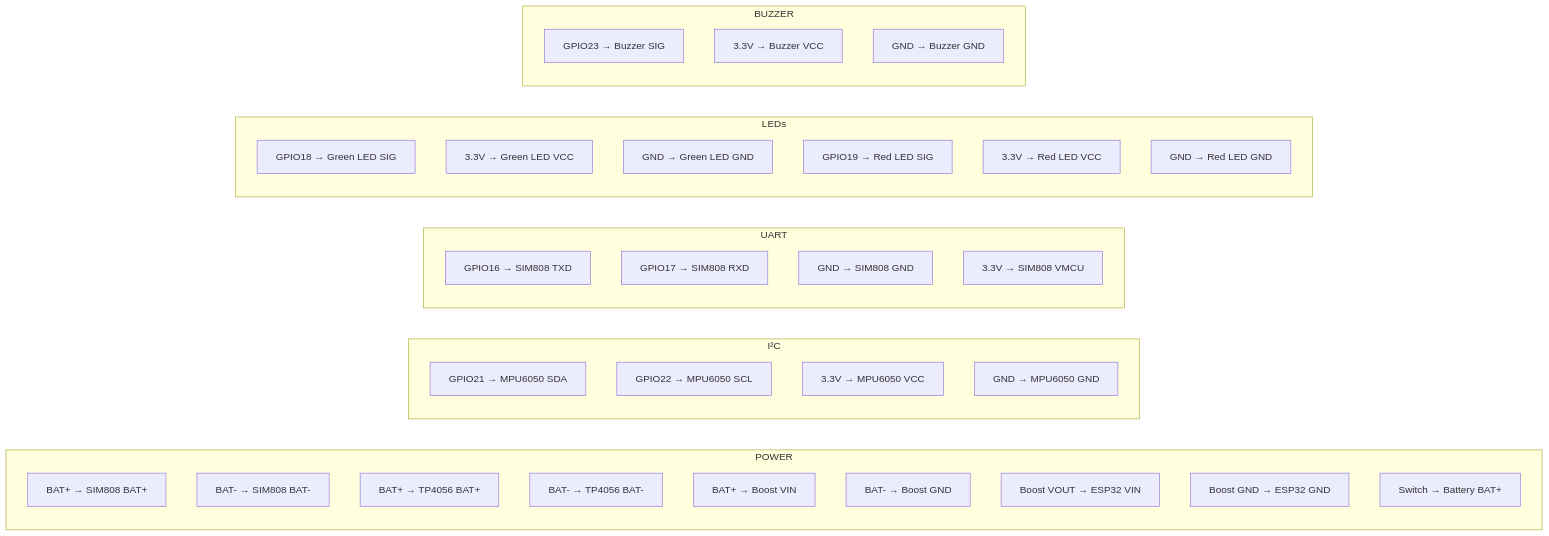
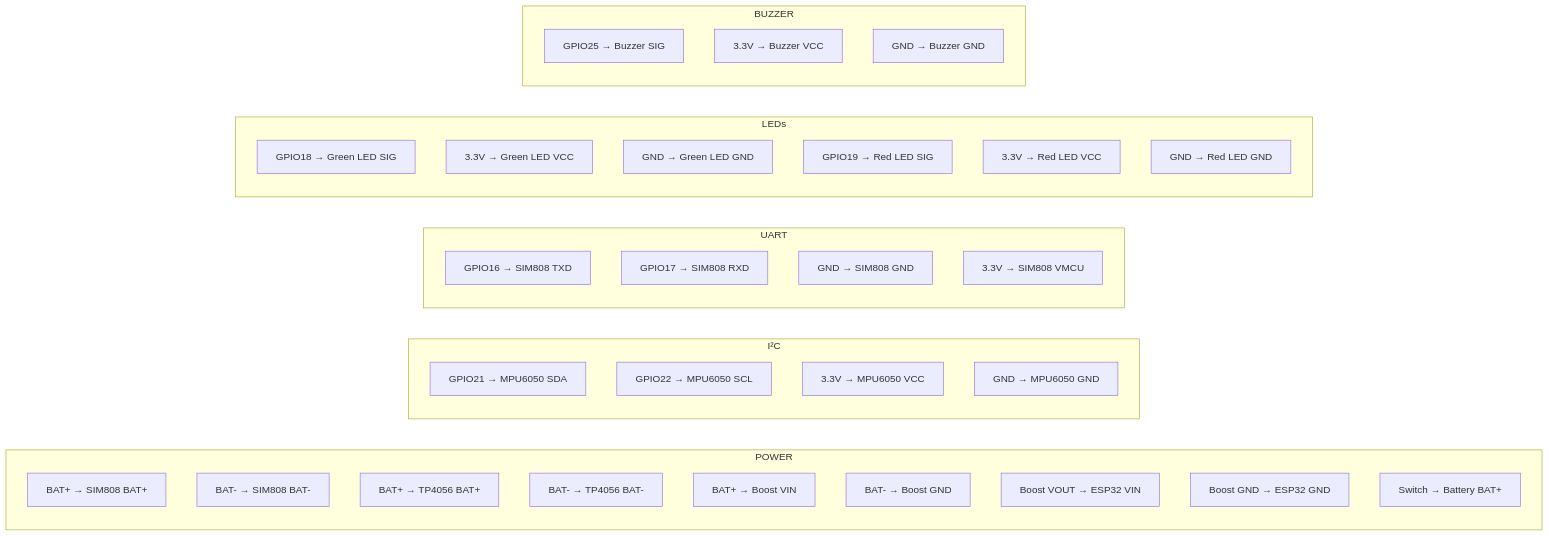
One commit to qppd/smart-vehicle-impact-detection-device changed the fourth of 7 diagrams in docs/WIRING.md. Above: the diagram before and after it, drawn with Mermaid. The commit also changed other lines of this file and 10 other files, not shown here.

````diff
--- a/docs/WIRING.md
+++ b/docs/WIRING.md
@@ -92,43 +103,43 @@
 ```mermaid
 graph LR
     subgraph POWER["POWER"]
         P1["BAT+ → SIM808 BAT+"]
         P2["BAT- → SIM808 BAT-"]
         P3["BAT+ → TP4056 BAT+"]
         P4["BAT- → TP4056 BAT-"]
         P5["BAT+ → Boost VIN"]
         P6["BAT- → Boost GND"]
         P7["Boost VOUT → ESP32 VIN"]
         P8["Boost GND → ESP32 GND"]
         P9["Switch → Battery BAT+"]
     end
 
     subgraph I2C["I²C"]
         I1["GPIO21 → MPU6050 SDA"]
         I2["GPIO22 → MPU6050 SCL"]
         I3["3.3V → MPU6050 VCC"]
         I4["GND → MPU6050 GND"]
     end
 
     subgraph UART["UART"]
         U1["GPIO16 → SIM808 TXD"]
         U2["GPIO17 → SIM808 RXD"]
         U3["GND → SIM808 GND"]
         U4["3.3V → SIM808 VMCU"]
     end
 
     subgraph LED["LEDs"]
         L1["GPIO18 → Green LED SIG"]
         L2["3.3V → Green LED VCC"]
         L3["GND → Green LED GND"]
         L4["GPIO19 → Red LED SIG"]
         L5["3.3V → Red LED VCC"]
         L6["GND → Red LED GND"]
     end
 
     subgraph BUZZ["BUZZER"]
-        B1["GPIO23 → Buzzer SIG"]
+        B1["GPIO25 → Buzzer SIG"]
         B2["3.3V → Buzzer VCC"]
         B3["GND → Buzzer GND"]
     end
 ```
````
